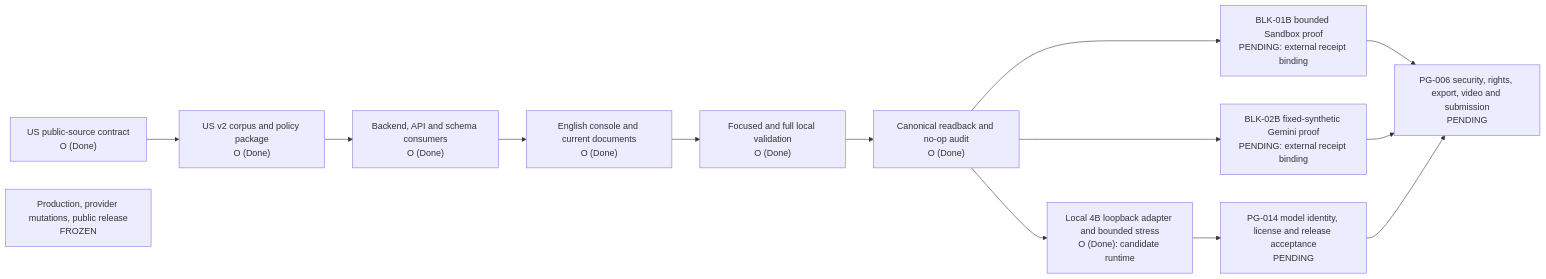
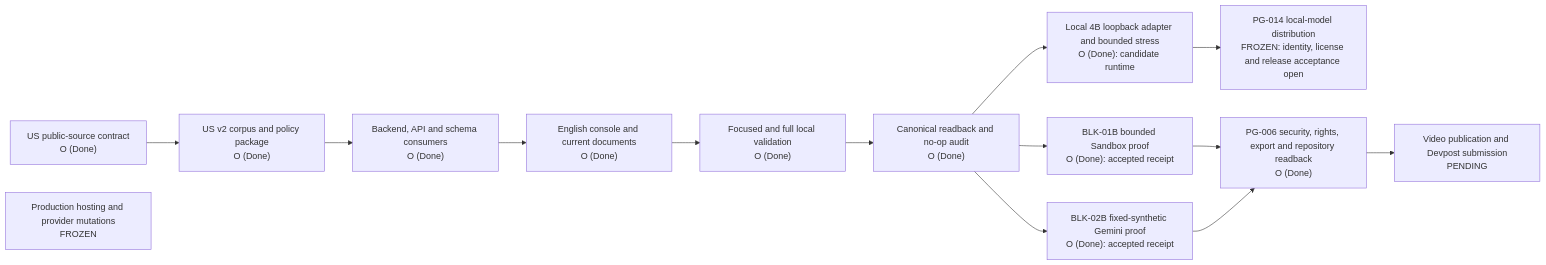
The first of 3 diagrams in docs/decisions/2026Q4/architecture.md (jiarong0423/payguard-ai), drawn with Mermaid before and after one commit. The commit also changed other lines of this file and 7 other files, not shown here.

Commit message:
Align public release status evidence

````diff
--- a/docs/decisions/2026Q4/architecture.md
+++ b/docs/decisions/2026Q4/architecture.md
@@ -24,16 +24,16 @@
 ```mermaid
 flowchart LR
   A["US public-source contract<br/>O (Done)"] --> B["US v2 corpus and policy package<br/>O (Done)"]
   B --> C["Backend, API and schema consumers<br/>O (Done)"]
   C --> D["English console and current documents<br/>O (Done)"]
   D --> E["Focused and full local validation<br/>O (Done)"]
   E --> F["Canonical readback and no-op audit<br/>O (Done)"]
-  F --> G["BLK-01B bounded Sandbox proof<br/>PENDING: external receipt binding"]
-  F --> H["BLK-02B fixed-synthetic Gemini proof<br/>PENDING: external receipt binding"]
+  F --> G["BLK-01B bounded Sandbox proof<br/>O (Done): accepted receipt"]
+  F --> H["BLK-02B fixed-synthetic Gemini proof<br/>O (Done): accepted receipt"]
   F --> K["Local 4B loopback adapter and bounded stress<br/>O (Done): candidate runtime"]
-  K --> L["PG-014 model identity, license and release acceptance<br/>PENDING"]
-  G --> I["PG-006 security, rights, export, video and submission<br/>PENDING"]
+  K --> L["PG-014 local-model distribution<br/>FROZEN: identity, license and release acceptance open"]
+  G --> I["PG-006 security, rights, export and repository readback<br/>O (Done)"]
   H --> I
-  L --> I
-  J["Production, provider mutations, public release<br/>FROZEN"]
+  I --> M["Video publication and Devpost submission<br/>PENDING"]
+  J["Production hosting and provider mutations<br/>FROZEN"]
 ```
````
